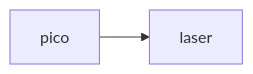
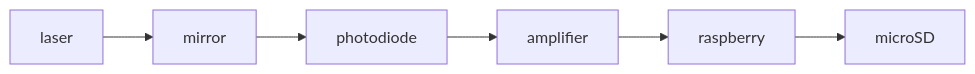
The diagram in README.md (solomister/qietin007), drawn with Mermaid before and after one commit. The commit also changed other lines of this file, not shown here.

````diff
--- a/README.md
+++ b/README.md
@@ -3,4 +9,4 @@
 ```mermaid
 flowchart LR
-	pico --> laser
+	laser --> mirror --> photodiode --> amplifier --> raspberry --> microSD
 ```
````
